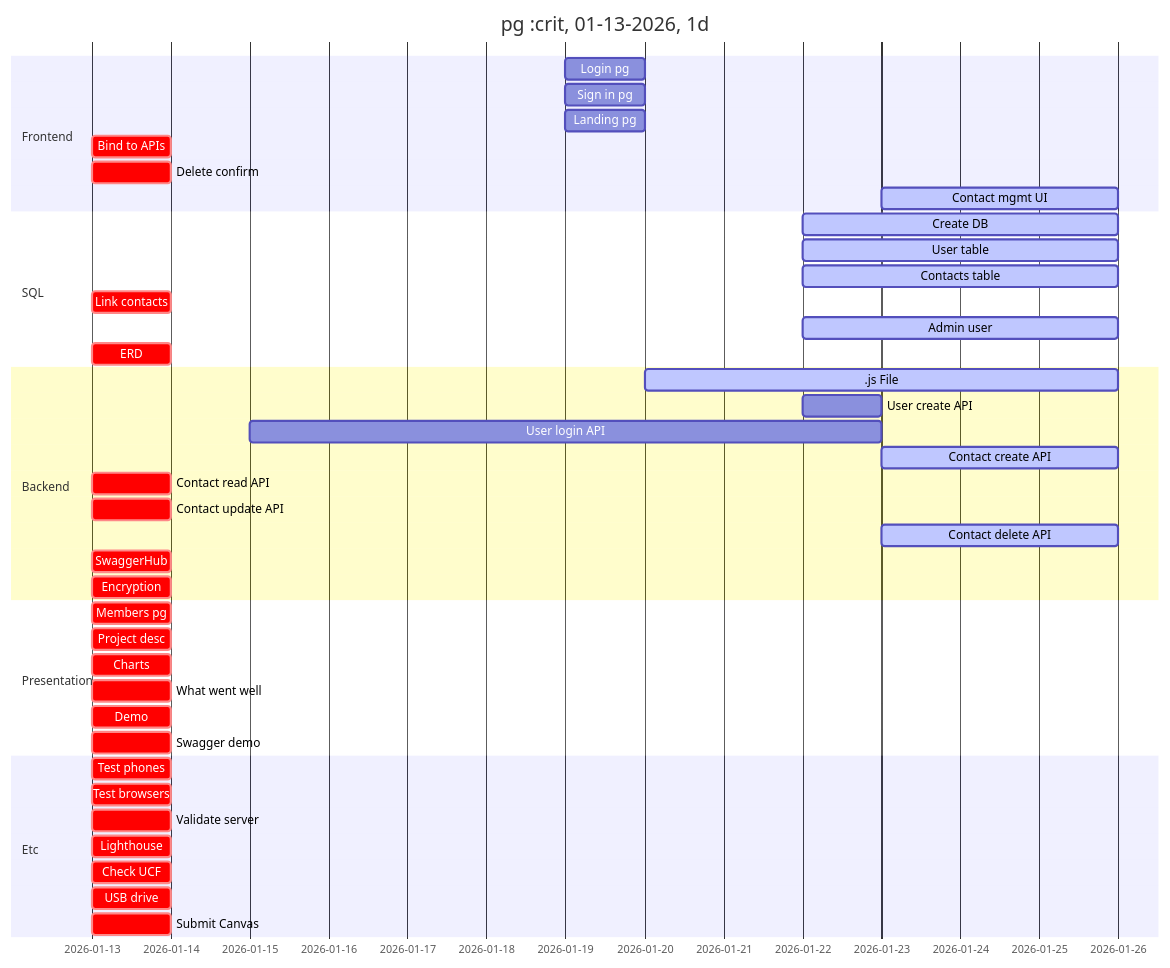
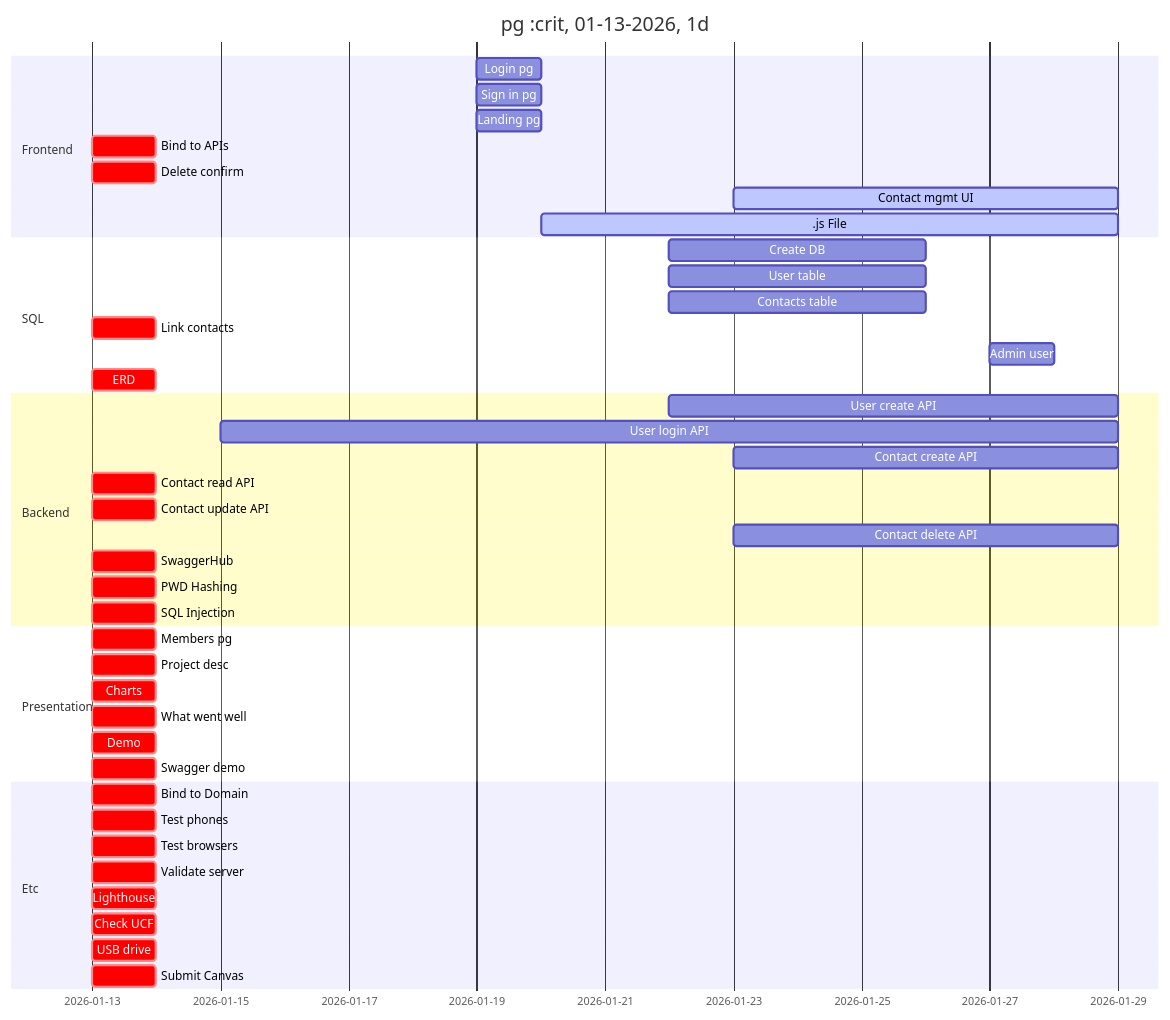
One commit to MLA-Format/cop4331c02-spring26-smallProject changed the diagram in README.md. Above: the diagram before and after it, drawn with Mermaid. The commit also changed other lines of this file, not shown here.

Commit message:
Update README with task status and deadlines

````diff
--- a/README.md
+++ b/README.md
@@ -43,46 +47,48 @@
 ```mermaid
 gantt
   title Small Project Gantt Chart
   dateFormat MM-DD-YYYY
   section Frontend
   Login pg           :01-19-2026, 1d
   Sign in pg         :01-19-2026, 1d
   Landing pg         :01-19-2026, 1d
   Bind to APIs :crit, 01-13-2026, 1d
   Delete confirm  :crit, 01-13-2026, 1d
-  Contact mgmt UI :active, 01-23-2026, 3d
+  Contact mgmt UI :active, 01-23-2026, 6d
+  .js File             :active, 01-20-2026, 9d
   section SQL
-  Create DB      :active, 01-22-2026, 4d
-  User table    :active, 01-22-2026, 4d
-  Contacts table :active, 01-22-2026, 4d
+  Create DB      :01-22-2026, 4d
+  User table    :01-22-2026, 4d
+  Contacts table :01-22-2026, 4d
   Link contacts :crit, 01-13-2026, 1d
-  Admin user    :active, 01-22-2026, 4d
+  Admin user    :01-27-2026, 1d
   ERD                  :crit, 01-13-2026, 1d
   section Backend
-  .js File             :active, 01-20-2026, 6d
-  User create API    :01-22-2026, 1d
-  User login API       :01-15-2026, 8d
-  Contact create API :active, 01-23-2026, 3d
+  User create API    :01-22-2026, 7d
+  User login API       :01-15-2026, 14d
+  Contact create API :01-23-2026, 6d
   Contact read API     :crit, 01-13-2026, 1d
   Contact update API   :crit, 01-13-2026, 1d
-  Contact delete API   :active, 01-23-2026, 3d
+  Contact delete API   :01-23-2026, 6d
   SwaggerHub   :crit, 01-13-2026, 1d
-  Encryption :crit, 01-13-2026, 1d
+  PWD Hashing :crit, 01-13-2026, 1d
+  SQL Injection :crit, 01-13-2026, 1d
   section Presentation
   Title pg           :crit, 01-13-2026, 1d
   Members pg         :crit, 01-13-2026, 1d
   Project desc  :crit, 01-13-2026, 1d
   Charts      :crit, 01-13-2026, 1d
   What went well :crit, 01-13-2026, 1d
   Demo         :crit, 01-13-2026, 1d
   Swagger demo      :crit, 01-13-2026, 1d
   section Etc
+  Bind to Domain :crit, 01-13-2026, 1d
   Test phones       :crit, 01-13-2026, 1d
   Test browsers   :crit, 01-13-2026, 1d
   Validate server   :crit, 01-13-2026, 1d
   Lighthouse    :crit, 01-13-2026, 1d
   Check UCF  :crit, 01-13-2026, 1d
   USB drive     :crit, 01-13-2026, 1d
   Submit Canvas     :crit, 01-13-2026, 1d
 
 ```
````
